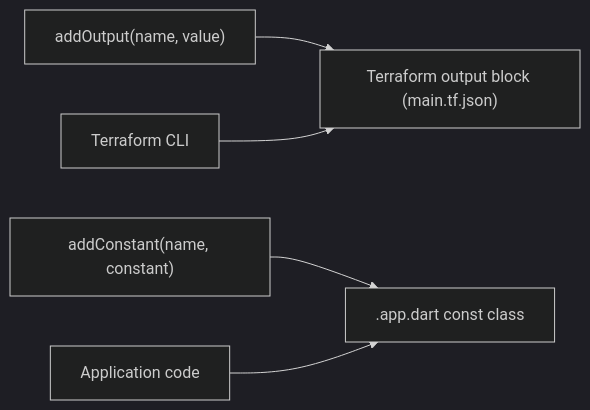
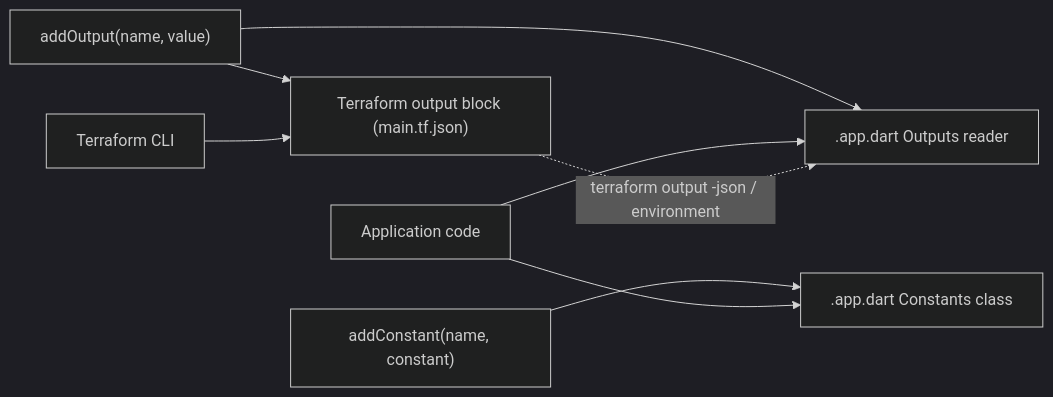
One commit to nozomi-koborinai/terradart changed the third of 3 diagrams in website/src/content/docs/docs/architecture.mdx. Above: the diagram before and after it, drawn with Mermaid (dark theme). The commit also changed other lines of this file and 31 other files, not shown here.

First line of the commit message:
feat(core): generate a typed reader of a Stack's Terraform outputs (#822)

````diff
--- a/website/src/content/docs/docs/architecture.mdx
+++ b/website/src/content/docs/docs/architecture.mdx
@@ -99,7 +99,10 @@
 ```mermaid
 graph LR
   AO["addOutput(name, value)"] --> TFO["Terraform output block (main.tf.json)"]
-  AC["addConstant(name, constant)"] --> DC[".app.dart const class"]
+  AO --> RD[".app.dart Outputs reader"]
+  AC["addConstant(name, constant)"] --> DC[".app.dart Constants class"]
   ST[Application code] --> DC
+  ST --> RD
   TF[Terraform CLI] --> TFO
+  TFO -.terraform output -json / environment.-> RD
 ```
````
